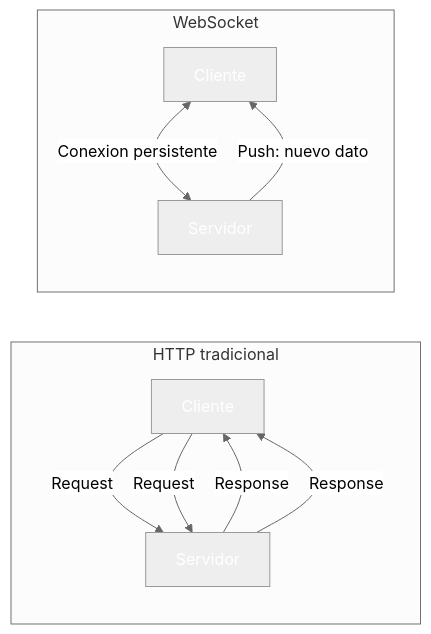
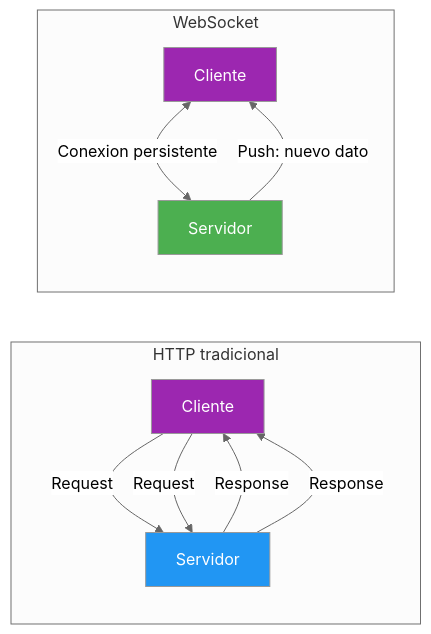
One commit to joseluisgs/DesarrolloWebEntornosServidor-02-2026-2027 changed the first of 4 diagrams in 18-websockets-signalr.md. Above: the diagram before and after it, drawn with Mermaid (neutral theme). The commit also changed other lines of this file and 29 other files, not shown here.

Commit message:
docs: corregir estilos Mermaid y estilo, quitar referencias a la Tienda y reestructurar los retos 13 y 15

````diff
--- a/18-websockets-signalr.md
+++ b/18-websockets-signalr.md
@@ -85,19 +85,19 @@
 ```mermaid
 flowchart LR
     subgraph "HTTP tradicional"
         A1["Cliente"] -->|Request| A2["Servidor"]
         A2 -->|Response| A1
         A1 -->|Request| A2
         A2 -->|Response| A1
     end
 
     subgraph "WebSocket"
         B1["Cliente"] <-->|Conexion persistente| B2["Servidor"]
         B2 -->|Push: nuevo dato| B1
     end
 
-    style A1 fill:#9C27B,color:#fff0,color:#fff
-    style A2 fill:#2196F,color:#fff3,color:#fff
-    style B1 fill:#9C27B,color:#fff0,color:#fff
-    style B2 fill:#4CAF5,color:#fff0,color:#fff
+    style A1 fill:#9C27B0,color:#fff
+    style A2 fill:#2196F3,color:#fff
+    style B1 fill:#9C27B0,color:#fff
+    style B2 fill:#4CAF50,color:#fff
 ```
````
